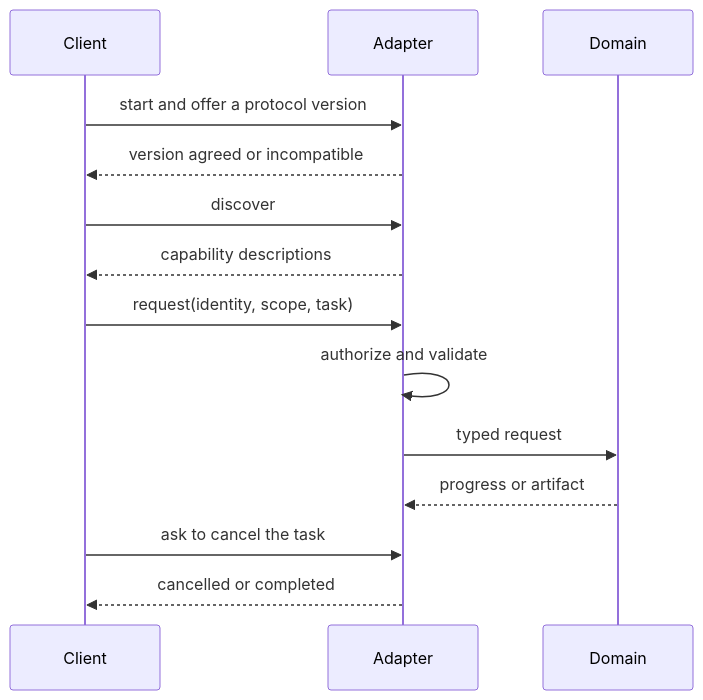
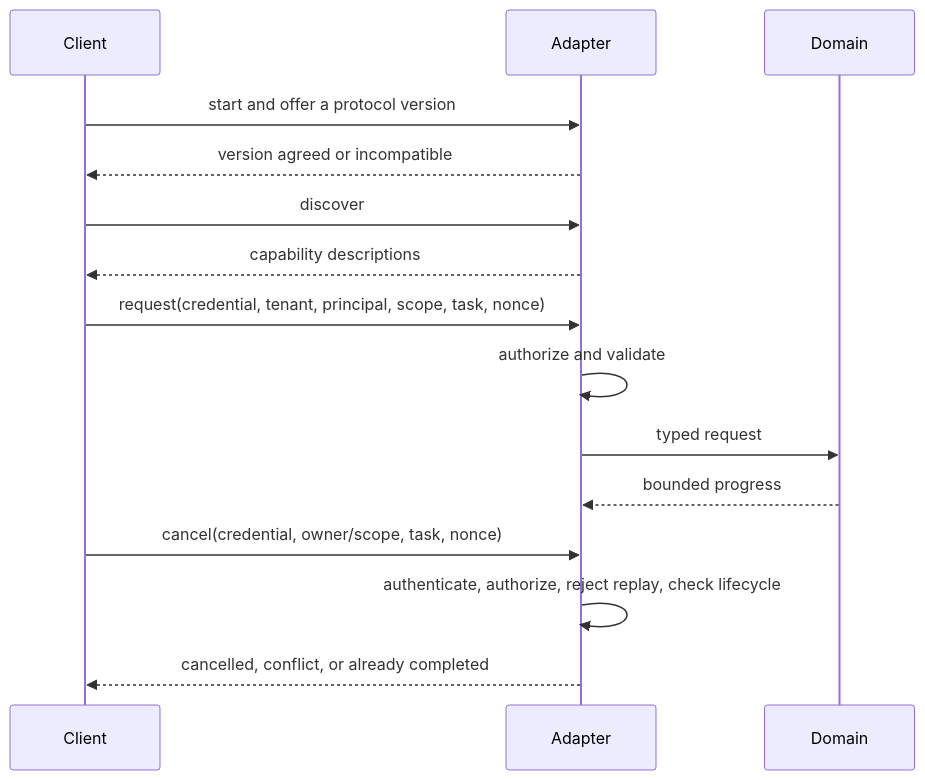
The second of 4 diagrams in modules/04-reasoning-workflows-collaboration/chapters/18-interoperability-protocols.md (VikrantSingh01/Agentic_System_Design), drawn with Mermaid before and after one commit. The commit also changed other lines of this file and 4 other files, not shown here.

````diff
--- a/modules/04-reasoning-workflows-collaboration/chapters/18-interoperability-protocols.md
+++ b/modules/04-reasoning-workflows-collaboration/chapters/18-interoperability-protocols.md
@@ -65,16 +79,17 @@
 ```mermaid
 sequenceDiagram
     participant C as Client
     participant A as Adapter
     participant D as Domain
     C->>A: start and offer a protocol version
     A-->>C: version agreed or incompatible
     C->>A: discover
     A-->>C: capability descriptions
-    C->>A: request(identity, scope, task)
+    C->>A: request(credential, tenant, principal, scope, task, nonce)
     A->>A: authorize and validate
     A->>D: typed request
-    D-->>A: progress or artifact
-    C->>A: ask to cancel the task
-    A-->>C: cancelled or completed
+    D-->>A: bounded progress
+    C->>A: cancel(credential, owner/scope, task, nonce)
+    A->>A: authenticate, authorize, reject replay, check lifecycle
+    A-->>C: cancelled, conflict, or already completed
 ```
````
